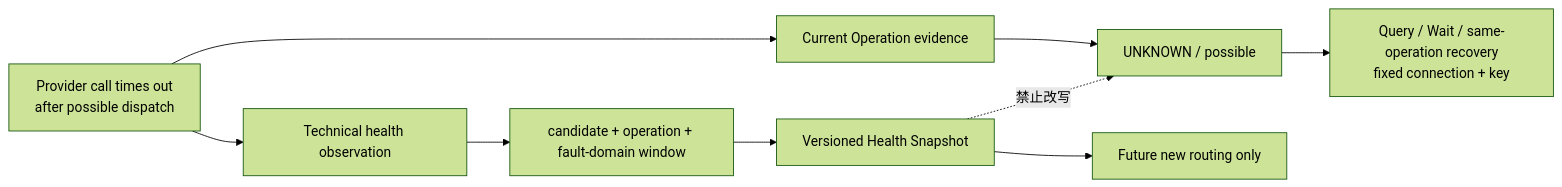
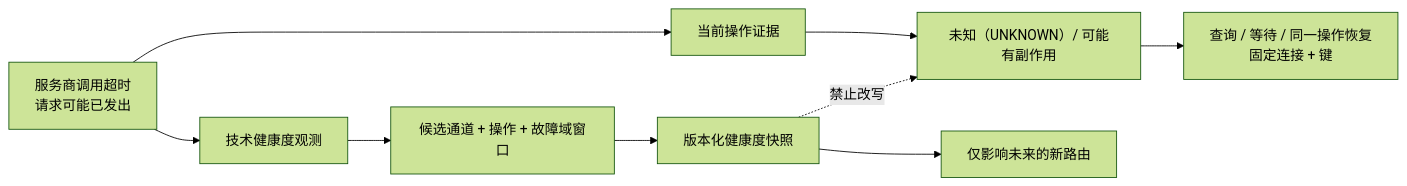
The first of 4 diagrams in part-3-reliability/provider-health.md (YouEclipse/Designing-Modern-Payment-Systems), drawn with Mermaid (forest theme) before and after one commit. The commit also changed other lines of this file and 59 other files, not shown here.

````diff
--- a/part-3-reliability/provider-health.md
+++ b/part-3-reliability/provider-health.md
@@ -17,11 +17,11 @@
 ```mermaid
 flowchart LR
-    Call["Provider call times out<br/>after possible dispatch"] --> Funds["Current Operation evidence"]
-    Call --> Runtime["Technical health observation"]
-    Funds --> Unknown["UNKNOWN / possible"]
-    Unknown --> Recover["Query / Wait / same-operation recovery<br/>fixed connection + key"]
-    Runtime --> Window["candidate + operation + fault-domain window"]
-    Window --> Snapshot["Versioned Health Snapshot"]
-    Snapshot --> Future["Future new routing only"]
+    Call["服务商调用超时<br/>请求可能已发出"] --> Funds["当前操作证据"]
+    Call --> Runtime["技术健康度观测"]
+    Funds --> Unknown["未知（UNKNOWN）/ 可能有副作用"]
+    Unknown --> Recover["查询 / 等待 / 同一操作恢复<br/>固定连接 + 键"]
+    Runtime --> Window["候选通道 + 操作 + 故障域窗口"]
+    Window --> Snapshot["版本化健康度快照"]
+    Snapshot --> Future["仅影响未来的新路由"]
     Snapshot -.->|"禁止改写"| Unknown
 ```
````
